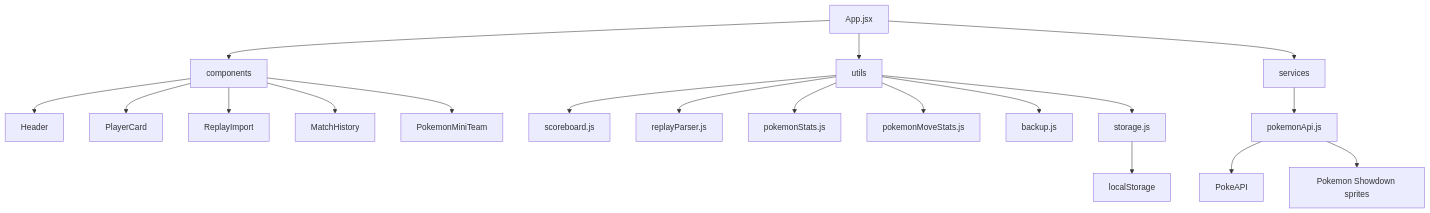
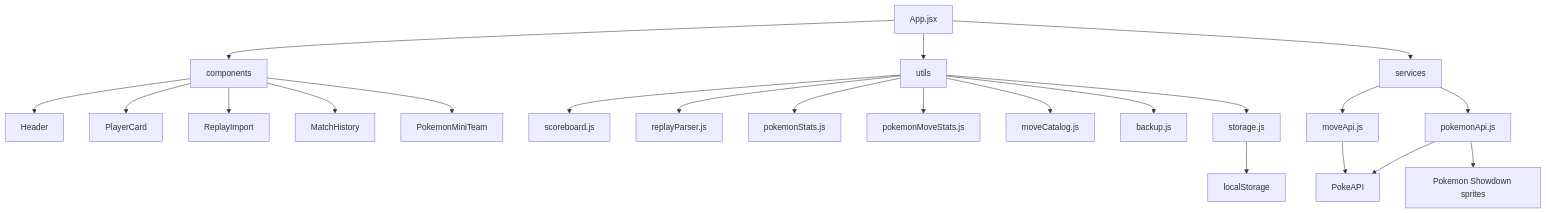
One commit to Jean-Carlosms/Placar_Pokemon_Showdown changed the second of 2 diagrams in README.md. Above: the diagram before and after it, drawn with Mermaid. The commit also changed other lines of this file and 13 other files, not shown here.

````diff
--- a/README.md
+++ b/README.md
@@ -70,21 +71,24 @@
 ```mermaid
 flowchart TD
   A[App.jsx] --> B[components]
   A --> C[utils]
   B --> B1[Header]
   B --> B2[PlayerCard]
   B --> B3[ReplayImport]
   B --> B4[MatchHistory]
   B --> B5[PokemonMiniTeam]
   C --> C1[scoreboard.js]
   C --> C2[replayParser.js]
   C --> C3[pokemonStats.js]
   C --> C4[pokemonMoveStats.js]
-  C --> C5[backup.js]
-  C --> C6[storage.js]
+  C --> C5[moveCatalog.js]
+  C --> C6[backup.js]
+  C --> C7[storage.js]
   A --> D[services]
   D --> D1[pokemonApi.js]
-  C6 --> E[localStorage]
+  D --> D2[moveApi.js]
+  C7 --> E[localStorage]
   D1 --> F[PokeAPI]
   D1 --> G[Pokemon Showdown sprites]
+  D2 --> F
 ```
````
